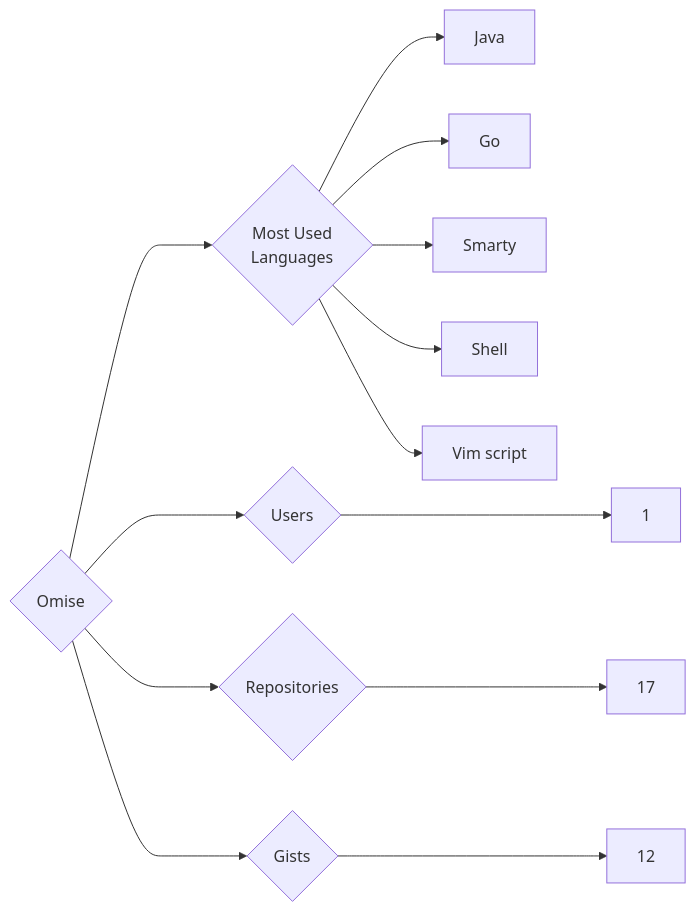
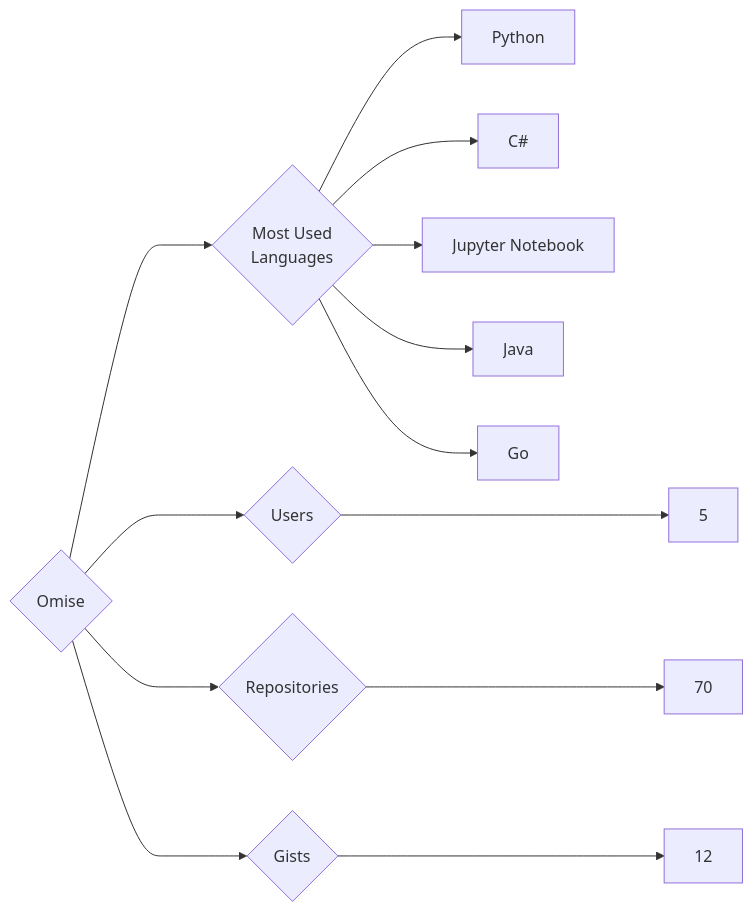
The diagram in targets/Omise/README.md (trickest/insiders), drawn with Mermaid before and after one commit. The commit also changed 895 other files, not shown here.

````diff
--- a/targets/Omise/README.md
+++ b/targets/Omise/README.md
@@ -3,13 +3,13 @@
 ```mermaid
 graph LR
 COMPANY_NAME{Omise}
-COMPANY_NAME ---> U{Users} ---> UN[1]
-COMPANY_NAME ---> R{Repositories} ---> RN[17]
+COMPANY_NAME ---> U{Users} ---> UN[5]
+COMPANY_NAME ---> R{Repositories} ---> RN[70]
 COMPANY_NAME ---> G{Gists} ---> GN[12]
 COMPANY_NAME ---> ML{Most Used<br>Languages}
+ML --> Python[Python]
+ML --> C#[C#]
+ML --> Jupyter_Notebook[Jupyter Notebook]
 ML --> Java[Java]
 ML --> Go[Go]
-ML --> Smarty[Smarty]
-ML --> Shell[Shell]
-ML --> Vim_script[Vim script]
 ```
````
